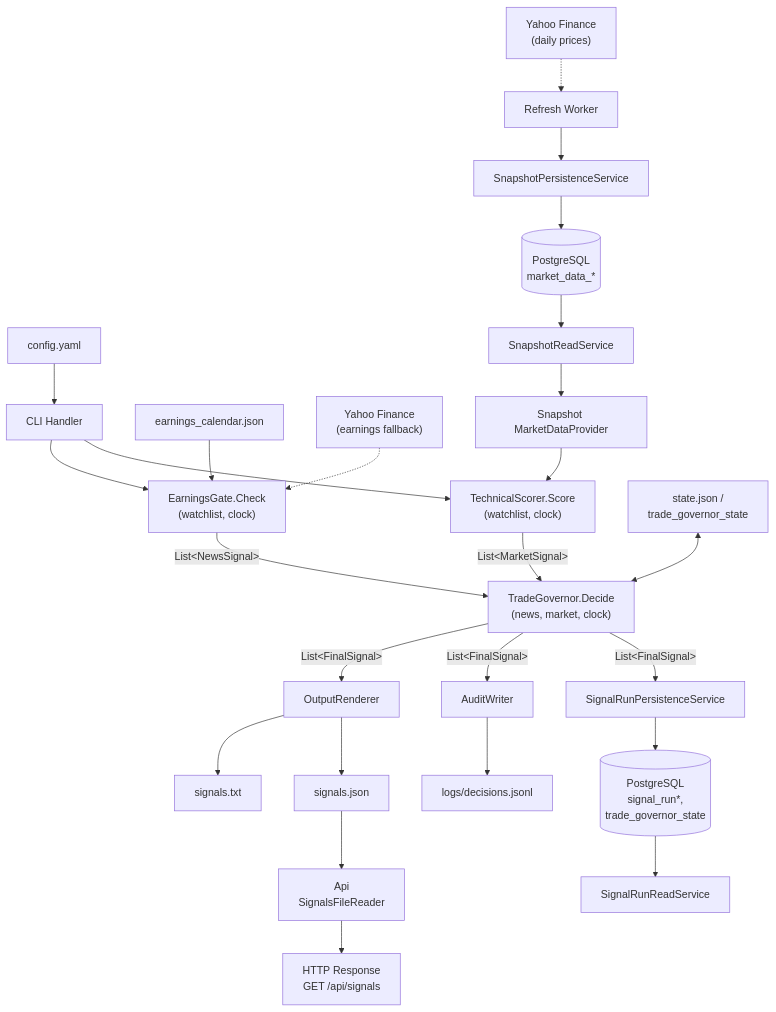
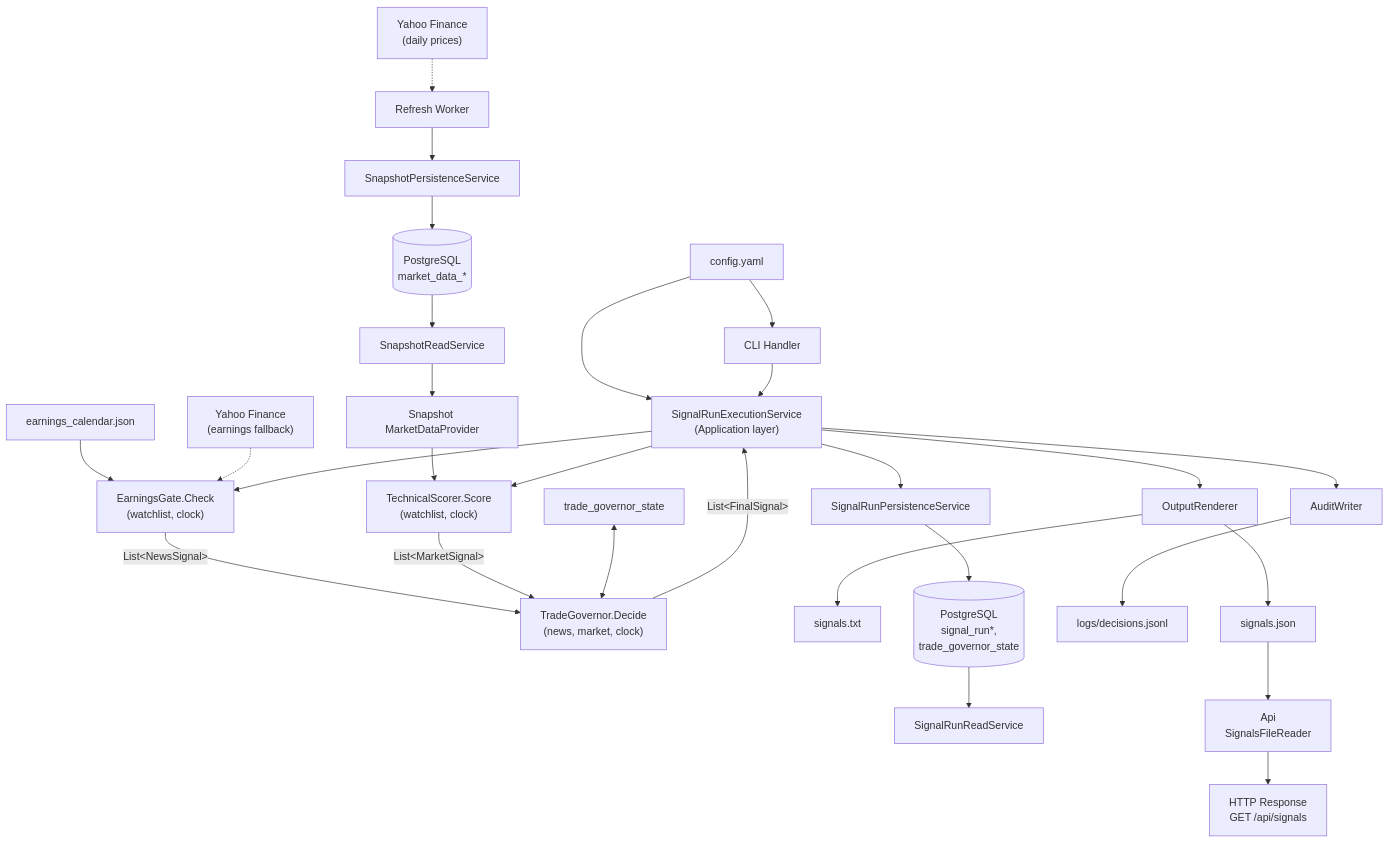
One commit to mev-tech/blowing-candles changed the second of 2 diagrams in docs/architecture.md. Above: the diagram before and after it, drawn with Mermaid. The commit also changed other lines of this file and 14 other files, not shown here.

Commit message:
feat: api first feature two implemented - signal run execution service

````diff
--- a/docs/architecture.md
+++ b/docs/architecture.md
@@ -129,34 +131,37 @@
 ```mermaid
 flowchart TD
     CONFIG["config.yaml"] --> CLI["CLI Handler"]
+    CONFIG --> EXEC
     CALENDAR["earnings_calendar.json"] --> EG
     YAHOO_E["Yahoo Finance<br>(earnings fallback)"] -.-> EG
     YAHOO_P["Yahoo Finance\n(daily prices)"] -.-> REFRESH["Refresh Worker"]
     REFRESH --> PERSIST["SnapshotPersistenceService"]
     PERSIST --> PG[("PostgreSQL\nmarket_data_*")]
     PG --> READ["SnapshotReadService"]
     READ --> PROVIDER["Snapshot MarketDataProvider"]
     PROVIDER --> TS
 
-    CLI --> EG["EarningsGate.Check\n(watchlist, clock)"]
-    CLI --> TS["TechnicalScorer.Score\n(watchlist, clock)"]
+    CLI --> EXEC["SignalRunExecutionService\n(Application layer)"]
+    EXEC --> EG["EarningsGate.Check\n(watchlist, clock)"]
+    EXEC --> TS["TechnicalScorer.Score\n(watchlist, clock)"]
 
     EG -->|"List&lt;NewsSignal&gt;"| TG["TradeGovernor.Decide\n(news, market, clock)"]
     TS -->|"List&lt;MarketSignal&gt;"| TG
 
-    STATE["state.json /\ntrade_governor_state"] <--> TG
+    STATE["trade_governor_state"] <--> TG
 
-    TG -->|"List&lt;FinalSignal&gt;"| OR["OutputRenderer"]
-    TG -->|"List&lt;FinalSignal&gt;"| AW["AuditWriter"]
-    TG -->|"List&lt;FinalSignal&gt;"| SRP["SignalRunPersistenceService"]
+    TG -->|"List&lt;FinalSignal&gt;"| EXEC
+    EXEC --> OR["OutputRenderer"]
+    EXEC --> AW["AuditWriter"]
+    EXEC --> SRP["SignalRunPersistenceService"]
 
     OR --> TXT["signals.txt"]
     OR --> JSON["signals.json"]
     AW --> JSONL["logs/decisions.jsonl"]
     SRP --> PG_SIG[("PostgreSQL\nsignal_run*,\ntrade_governor_state")]
 
     PG_SIG --> SRR["SignalRunReadService"]
 
     JSON --> API_READ["Api\nSignalsFileReader"]
     API_READ --> HTTP["HTTP Response\nGET /api/signals"]
 ```
````
